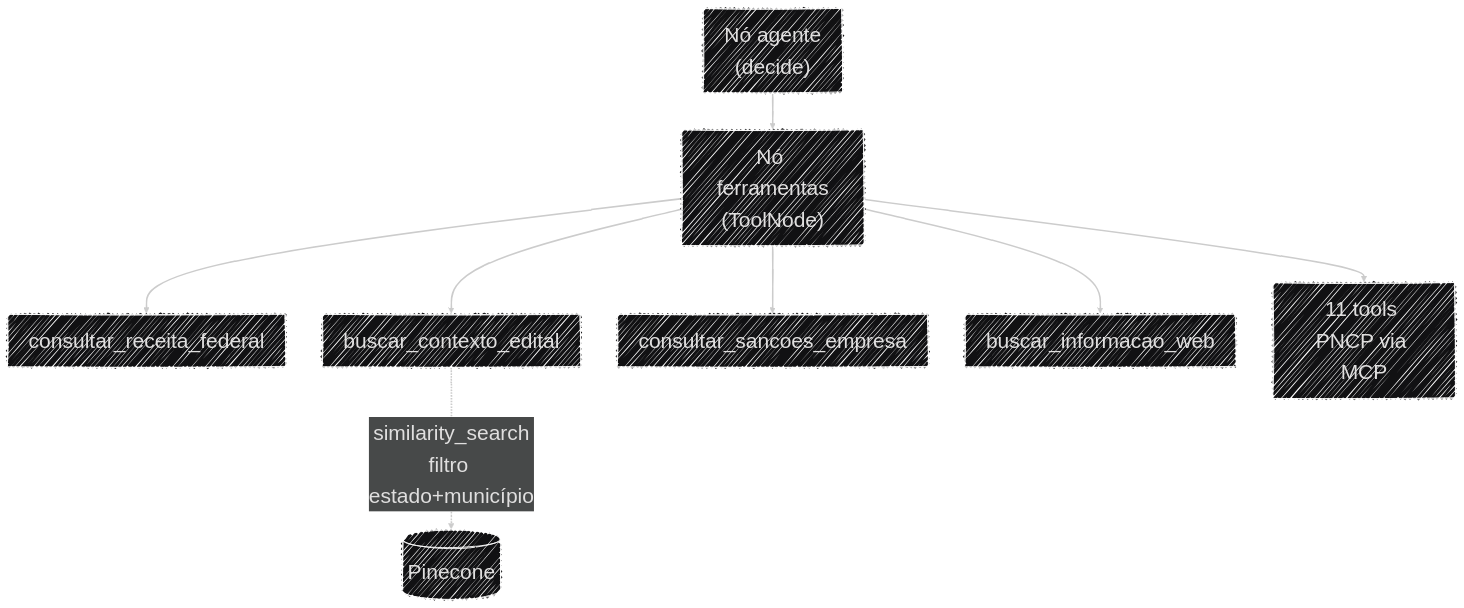
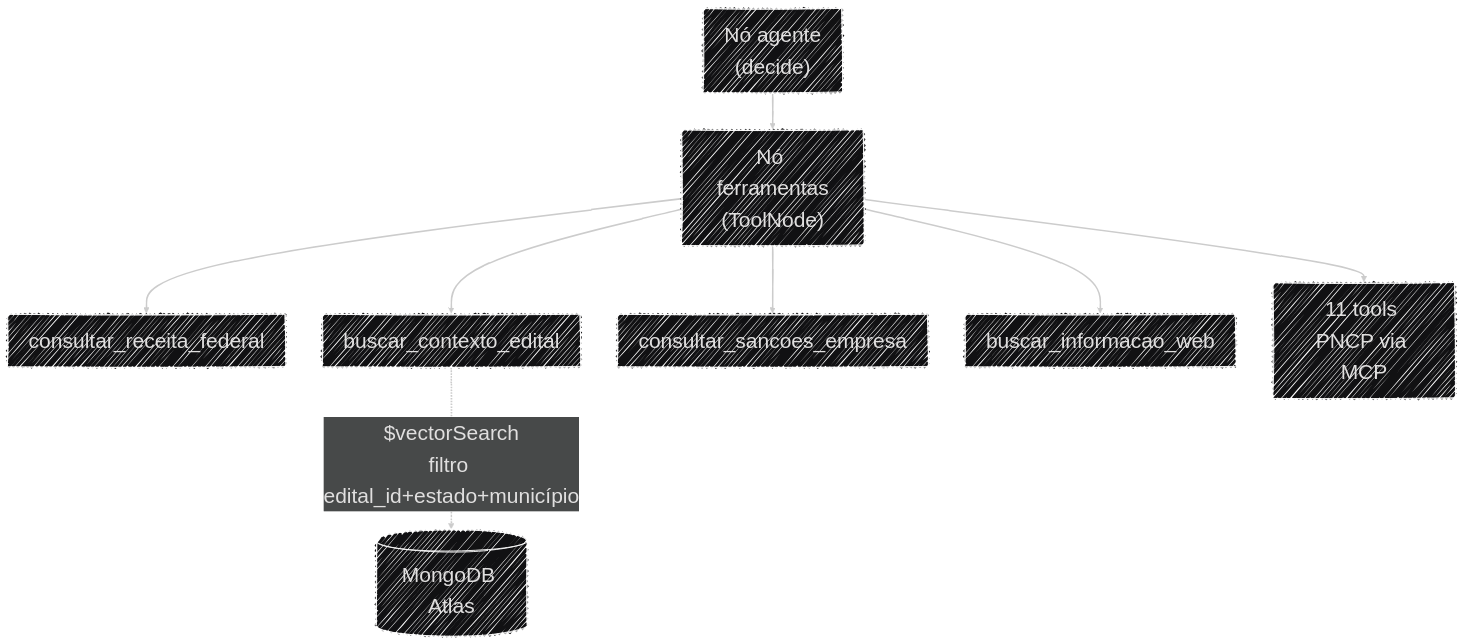
One commit to Moreira-89/auditor-cidadao changed the third of 3 diagrams in docs/arquitetura/fluxo_dados.md. Above: the diagram before and after it, drawn with Mermaid. The commit also changed other lines of this file and 53 other files, not shown here.

````diff
--- a/docs/arquitetura/fluxo_dados.md
+++ b/docs/arquitetura/fluxo_dados.md
@@ -102,20 +114,20 @@
 ```mermaid
 ---
 config:
   layout: dagre
   theme: redux-dark
   look: handDrawn
   fontFamily: '''Source Code Pro Variable'', monospace'
   themeVariables:
     fontFamily: '''Source Code Pro Variable'', monospace'
     fontSize: '30px'
 ---
 flowchart TB
     AGENTE["Nó agente<br>(decide)"] --> FERR["Nó ferramentas<br>(ToolNode)"]
     FERR --> RF["consultar_receita_federal"]
     FERR --> RAG["buscar_contexto_edital"]
     FERR --> SANC["consultar_sancoes_empresa"]
     FERR --> WEB["buscar_informacao_web"]
     FERR --> MCP["11 tools PNCP via MCP"]
-    RAG -.->|"similarity_search<br>filtro estado+município"| PC[("Pinecone")]
+    RAG -.->|"$vectorSearch<br>filtro edital_id+estado+município"| MG[("MongoDB Atlas")]
 ```
````
